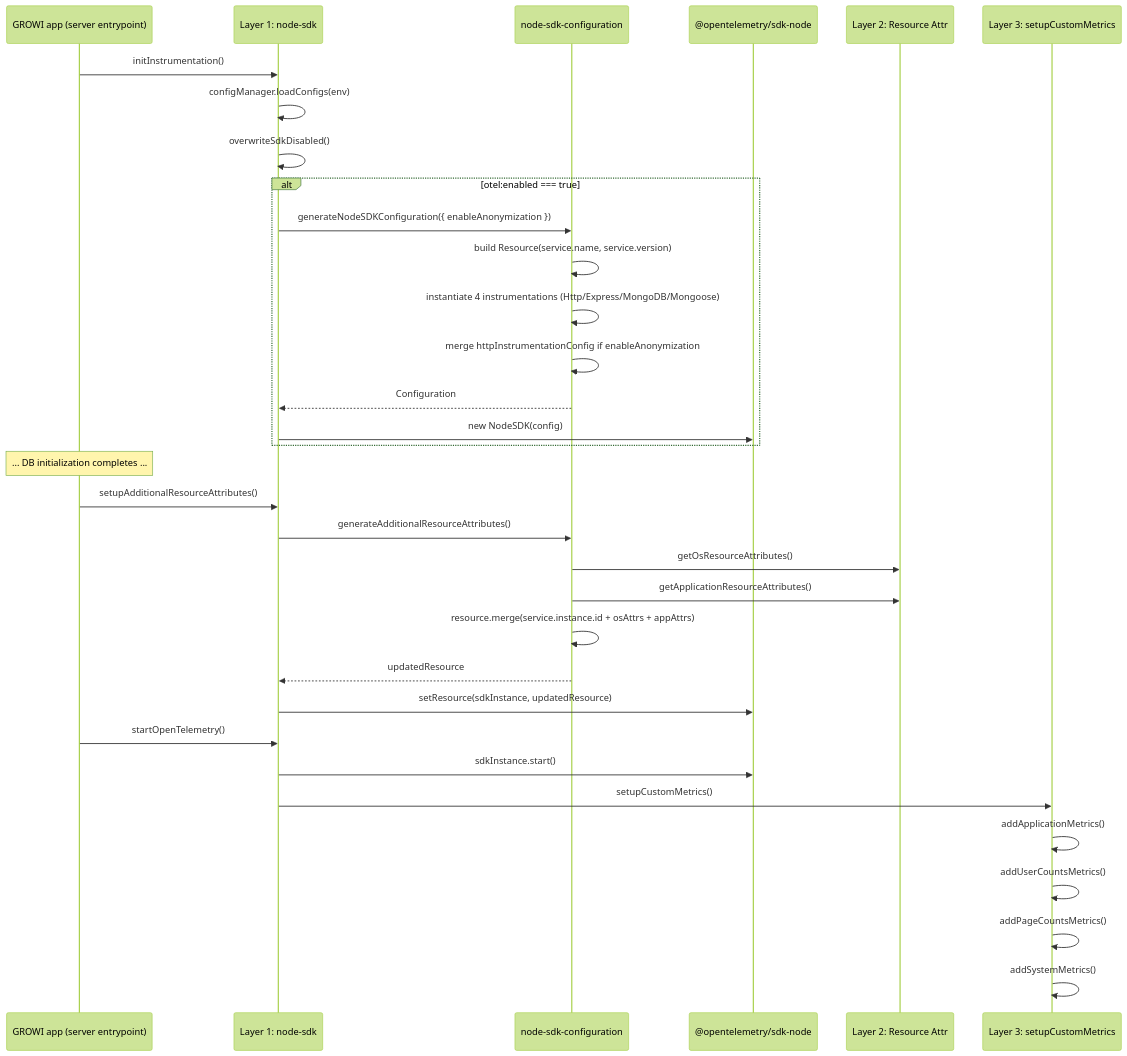
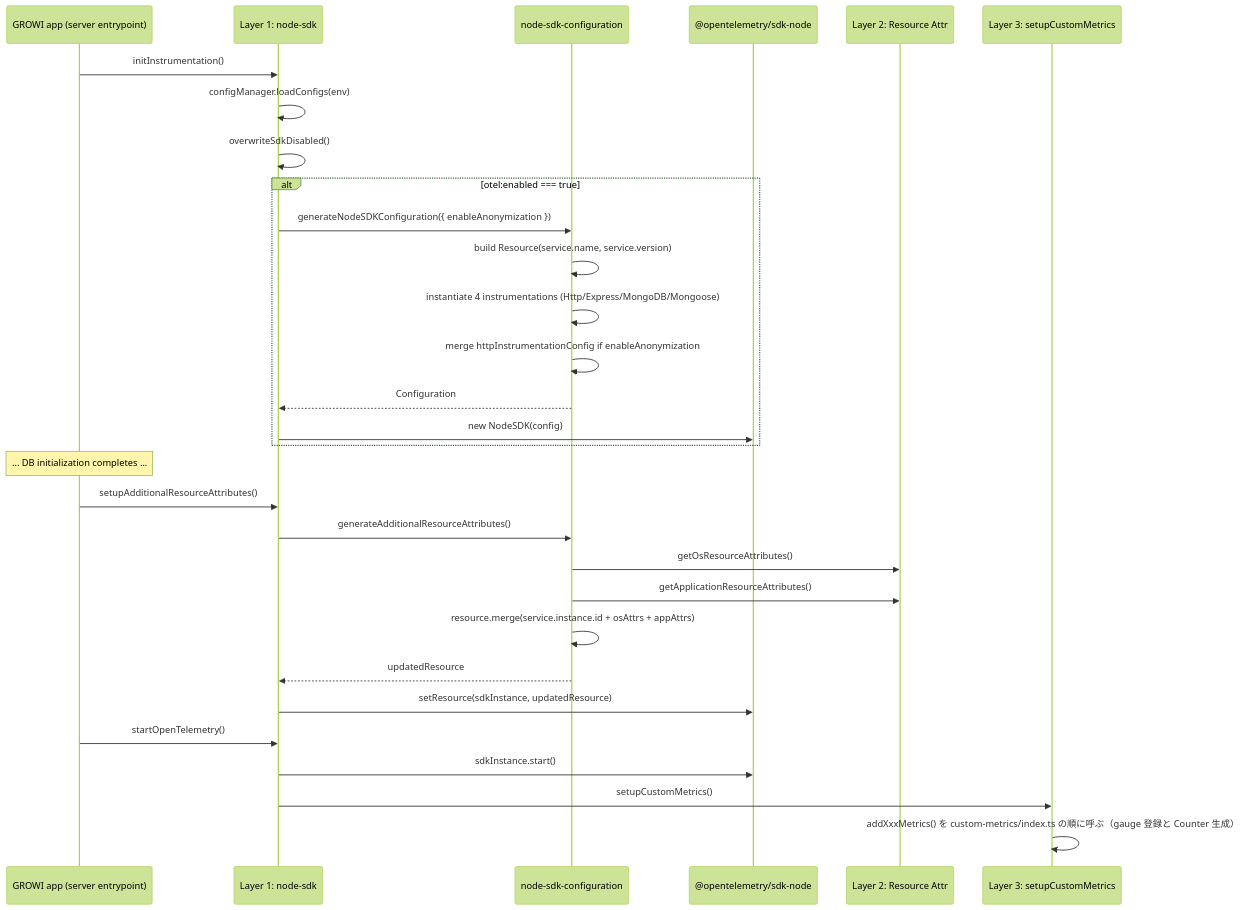
Before and after one commit to growilabs/growi: the second of 2 diagrams in .kiro/specs/opentelemetry/design.md, drawn with Mermaid (forest theme). The commit also changed other lines of this file and 3 other files, not shown here.

````diff
--- a/.kiro/specs/opentelemetry/design.md
+++ b/.kiro/specs/opentelemetry/design.md
@@ -162,36 +195,33 @@
 ```mermaid
 sequenceDiagram
     participant App as GROWI app (server entrypoint)
     participant Lifecycle as Layer 1: node-sdk
     participant Config as node-sdk-configuration
     participant SDK as @opentelemetry/sdk-node
     participant Res as Layer 2: Resource Attr
     participant Met as Layer 3: setupCustomMetrics
 
     App->>Lifecycle: initInstrumentation()
     Lifecycle->>Lifecycle: configManager.loadConfigs(env)
     Lifecycle->>Lifecycle: overwriteSdkDisabled()
     alt otel:enabled === true
         Lifecycle->>Config: generateNodeSDKConfiguration({ enableAnonymization })
         Config->>Config: build Resource(service.name, service.version)
         Config->>Config: instantiate 4 instrumentations (Http/Express/MongoDB/Mongoose)
         Config->>Config: merge httpInstrumentationConfig if enableAnonymization
         Config-->>Lifecycle: Configuration
         Lifecycle->>SDK: new NodeSDK(config)
     end
     Note over App: ... DB initialization completes ...
     App->>Lifecycle: setupAdditionalResourceAttributes()
     Lifecycle->>Config: generateAdditionalResourceAttributes()
     Config->>Res: getOsResourceAttributes()
     Config->>Res: getApplicationResourceAttributes()
     Config->>Config: resource.merge(service.instance.id + osAttrs + appAttrs)
     Config-->>Lifecycle: updatedResource
     Lifecycle->>SDK: setResource(sdkInstance, updatedResource)
     App->>Lifecycle: startOpenTelemetry()
     Lifecycle->>SDK: sdkInstance.start()
     Lifecycle->>Met: setupCustomMetrics()
-    Met->>Met: addApplicationMetrics()
-    Met->>Met: addUserCountsMetrics()
-    Met->>Met: addPageCountsMetrics()
-    Met->>Met: addSystemMetrics()
+    Met->>Met: addXxxMetrics() を custom-metrics/index.ts の順に呼ぶ（gauge 登録と Counter 生成）
 ```
````
